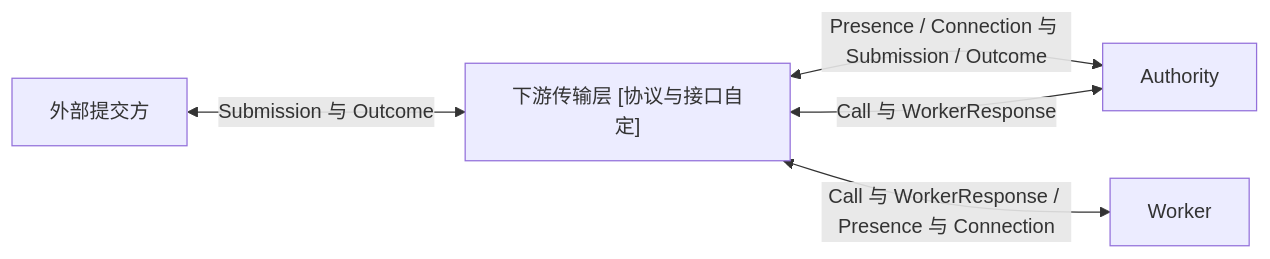
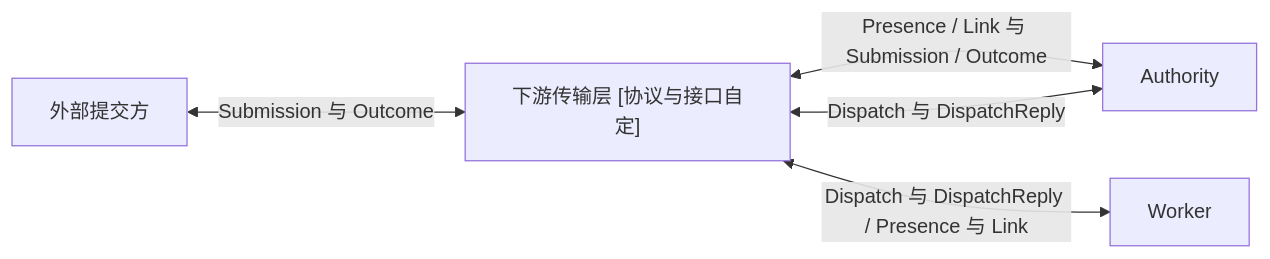
One commit to Everfold/Beamlet changed the diagram in spec/06-transport.md. Above: the diagram before and after it, drawn with Mermaid. The commit also changed other lines of this file and 19 other files, not shown here.

Commit message:
docs(spec): refine terminology to Idle, Accepting, RoleSession, Link, Target, and Dispatch

````diff
--- a/spec/06-transport.md
+++ b/spec/06-transport.md
@@ -8,7 +8,7 @@
 ```mermaid
 flowchart LR
     Ext["外部提交方"] <-->|"Submission 与 Outcome"| T["下游传输层 [协议与接口自定]"]
-    T <-->|"Presence / Connection 与 Submission / Outcome"| A["Authority"]
-    A <-->|"Call 与 WorkerResponse"| T
-    T <-->|"Call 与 WorkerResponse / Presence 与 Connection"| W["Worker"]
+    T <-->|"Presence / Link 与 Submission / Outcome"| A["Authority"]
+    A <-->|"Dispatch 与 DispatchReply"| T
+    T <-->|"Dispatch 与 DispatchReply / Presence 与 Link"| W["Worker"]
 ```
````
